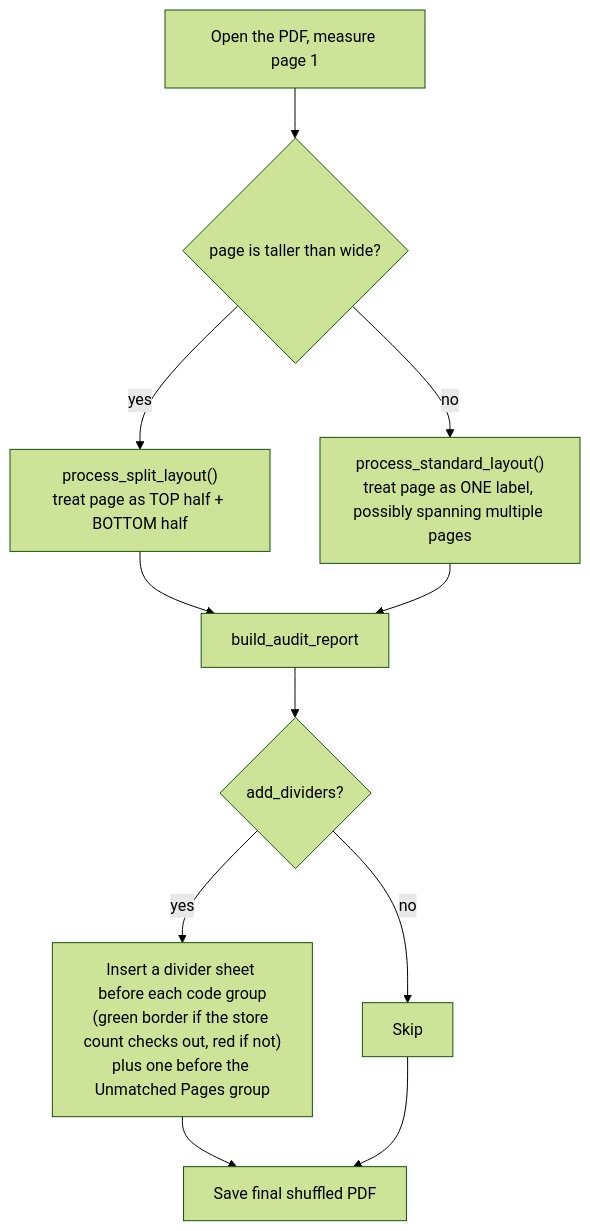
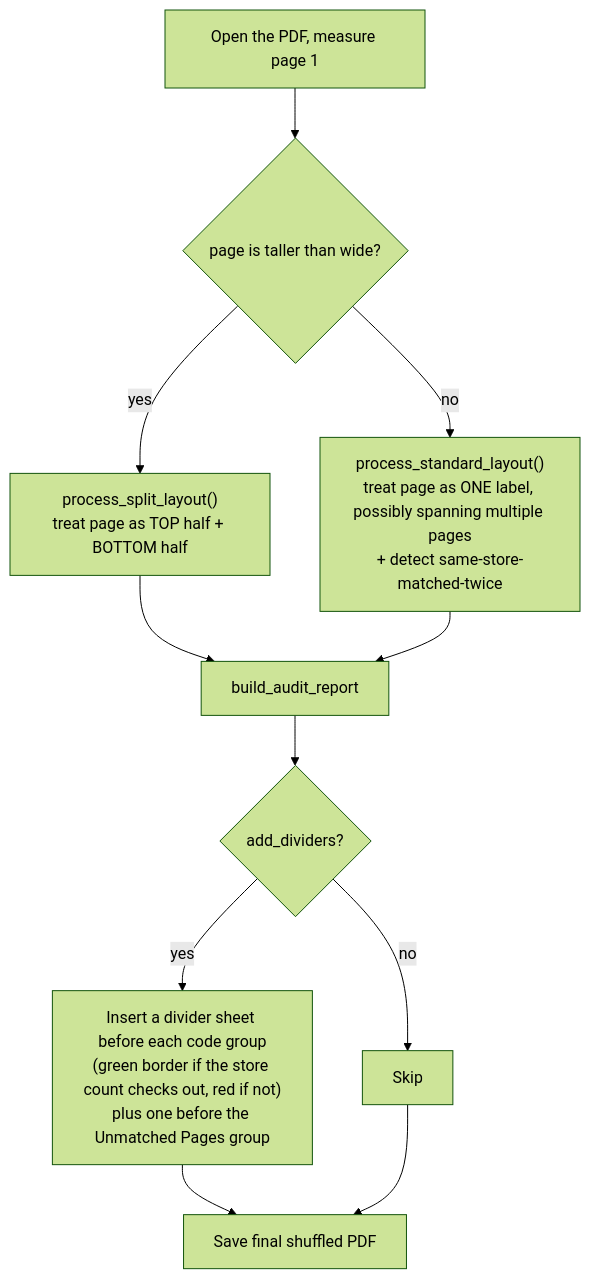
One commit to nesubat/Warehouse_app changed diagram 11 of 16 in CODE_GUIDE.md. Above: the diagram before and after it, drawn with Mermaid (forest theme). The commit also changed other lines of this file and 2 other files, not shown here.

````diff
--- a/CODE_GUIDE.md
+++ b/CODE_GUIDE.md
@@ -561,13 +585,13 @@
 ```mermaid
 flowchart TD
     A[Open the PDF, measure page 1] --> B{"page is taller than wide?"}
     B -- yes --> C["process_split_layout()\ntreat page as TOP half + BOTTOM half"]
-    B -- no --> D["process_standard_layout()\ntreat page as ONE label, possibly spanning multiple pages"]
+    B -- no --> D["process_standard_layout()\ntreat page as ONE label, possibly spanning multiple pages\n+ detect same-store-matched-twice"]
     C --> E[build_audit_report]
     D --> E
     E --> F{add_dividers?}
     F -- yes --> G["Insert a divider sheet before each code group\n(green border if the store count checks out, red if not)\nplus one before the Unmatched Pages group"]
     F -- no --> H[Skip]
     G --> I[Save final shuffled PDF]
     H --> I
 ```
````
